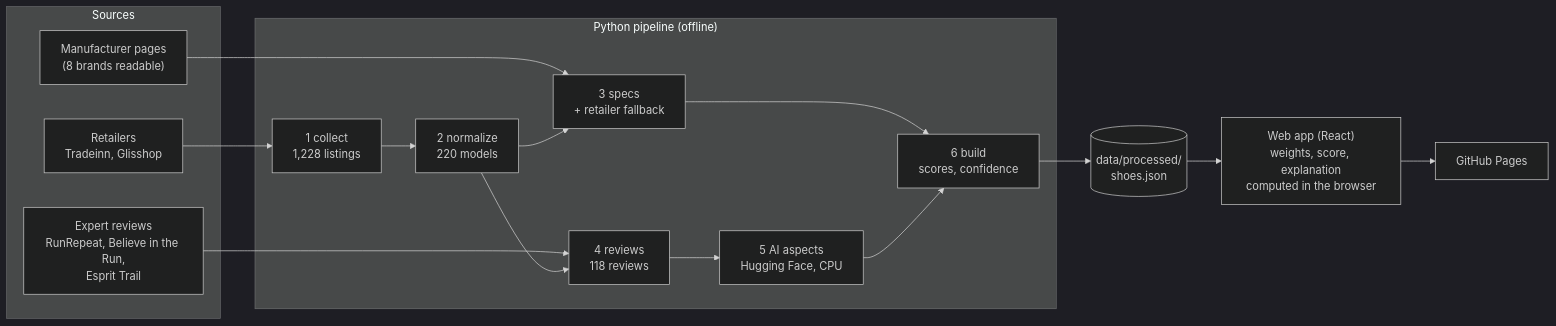
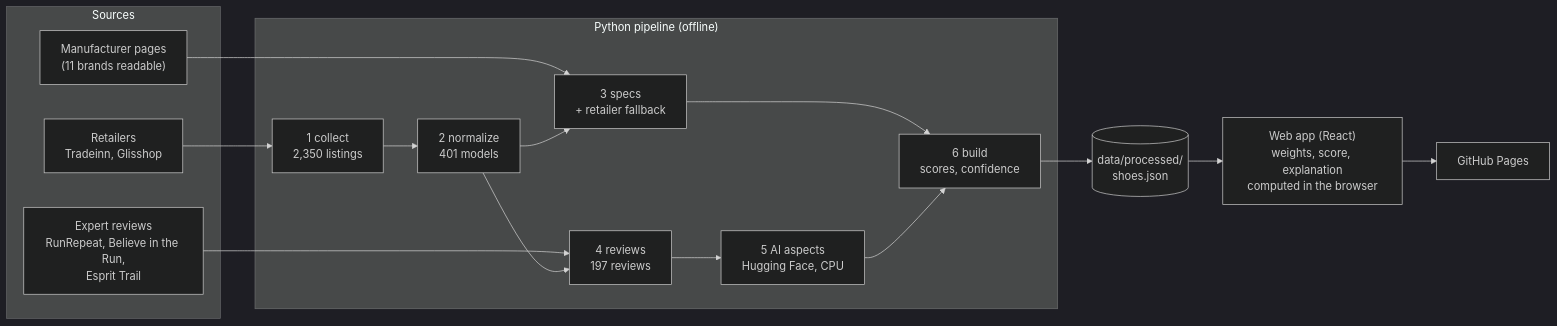
Before and after one commit to pierrebando/trailshoesim: the diagram in README.md, drawn with Mermaid (dark theme). The commit also changed other lines of this file and 72 other files, not shown here.

````diff
--- a/README.md
+++ b/README.md
@@ -26,23 +32,23 @@
 ```mermaid
 flowchart LR
   subgraph Sources
     R["Retailers<br/>Tradeinn, Glisshop"]
-    M["Manufacturer pages<br/>(8 brands readable)"]
+    M["Manufacturer pages<br/>(11 brands readable)"]
     E["Expert reviews<br/>RunRepeat, Believe in the Run,<br/>Esprit Trail"]
   end
   subgraph Pipeline["Python pipeline (offline)"]
-    P1["1 collect<br/>1,228 listings"] --> P2["2 normalize<br/>220 models"]
+    P1["1 collect<br/>2,350 listings"] --> P2["2 normalize<br/>401 models"]
     P3["3 specs<br/>+ retailer fallback"]
-    P4["4 reviews<br/>118 reviews"] --> P5["5 AI aspects<br/>Hugging Face, CPU"]
+    P4["4 reviews<br/>197 reviews"] --> P5["5 AI aspects<br/>Hugging Face, CPU"]
     P6["6 build<br/>scores, confidence"]
   end
   R --> P1
   M --> P3
   E --> P4
   P2 --> P3 & P4
   P3 --> P6
   P5 --> P6
   P6 --> J[("data/processed/<br/>shoes.json")]
   J --> W["Web app (React)<br/>weights, score, explanation<br/>computed in the browser"]
   W --> G["GitHub Pages"]
 ```
````
